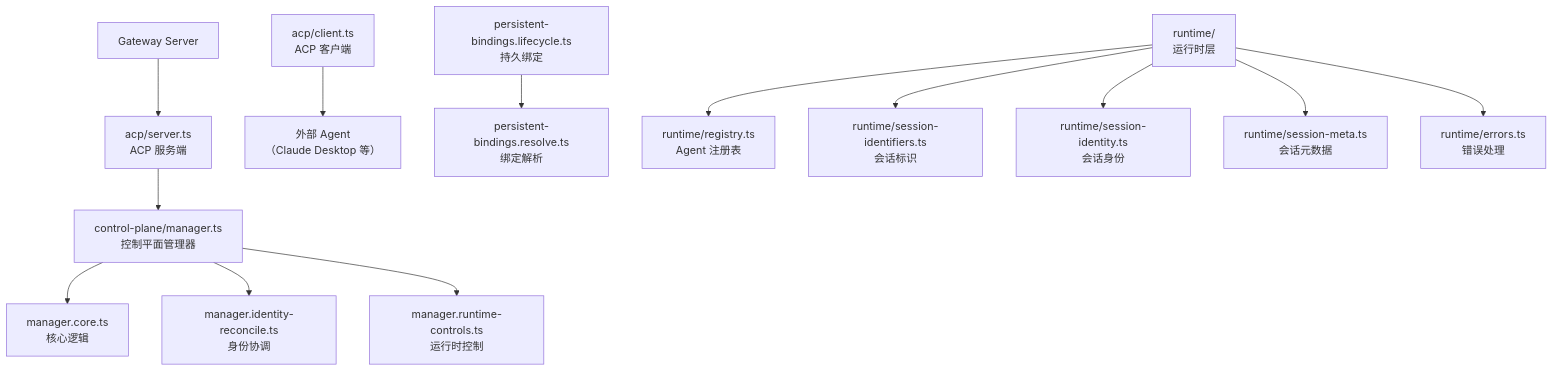
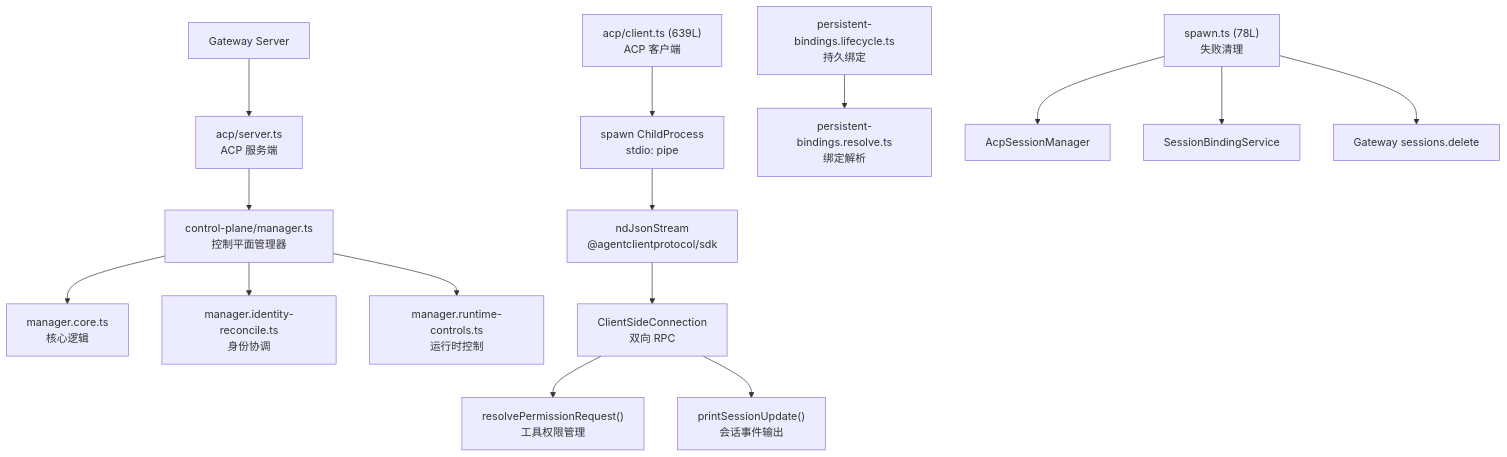
Before and after one commit to royalwang/openclaw: the first of 4 diagrams in zh-docs/modules/acp/README.md, drawn with Mermaid. The commit also changed other lines of this file and 5 other files, not shown here.

````diff
--- a/zh-docs/modules/acp/README.md
+++ b/zh-docs/modules/acp/README.md
@@ -7,19 +7,22 @@
 ```mermaid
 flowchart TD
     GATEWAY["Gateway Server"] --> SERVER["acp/server.ts<br/>ACP 服务端"]
     SERVER --> CONTROL["control-plane/manager.ts<br/>控制平面管理器"]
     
     CONTROL --> CORE["manager.core.ts<br/>核心逻辑"]
     CONTROL --> IDENTITY["manager.identity-reconcile.ts<br/>身份协调"]
     CONTROL --> RUNTIME_CTRL["manager.runtime-controls.ts<br/>运行时控制"]
     
-    CLIENT["acp/client.ts<br/>ACP 客户端"] --> EXTERNAL["外部 Agent<br/>（Claude Desktop 等）"]
+    CLIENT["acp/client.ts (639L)<br/>ACP 客户端"] --> SPAWN["spawn ChildProcess<br/>stdio: pipe"]
+    SPAWN --> NDJSON["ndJsonStream<br/>@agentclientprotocol/sdk"]
+    NDJSON --> CONNECTION["ClientSideConnection<br/>双向 RPC"]
+    
+    CONNECTION --> PERM["resolvePermissionRequest()<br/>工具权限管理"]
+    CONNECTION --> SESSION_UPDATE["printSessionUpdate()<br/>会话事件输出"]
     
     BINDING["persistent-bindings.lifecycle.ts<br/>持久绑定"] --> RESOLVE["persistent-bindings.resolve.ts<br/>绑定解析"]
     
-    RUNTIME["runtime/<br/>运行时层"] --> REGISTRY["runtime/registry.ts<br/>Agent 注册表"]
-    RUNTIME --> SESSION_ID["runtime/session-identifiers.ts<br/>会话标识"]
-    RUNTIME --> SESSION_IDENTITY["runtime/session-identity.ts<br/>会话身份"]
-    RUNTIME --> SESSION_META["runtime/session-meta.ts<br/>会话元数据"]
-    RUNTIME --> ERROR["runtime/errors.ts<br/>错误处理"]
+    CLEANUP["spawn.ts (78L)<br/>失败清理"] --> MANAGER["AcpSessionManager"]
+    CLEANUP --> BINDING_SVC["SessionBindingService"]
+    CLEANUP --> GW_API["Gateway sessions.delete"]
 ```
````
